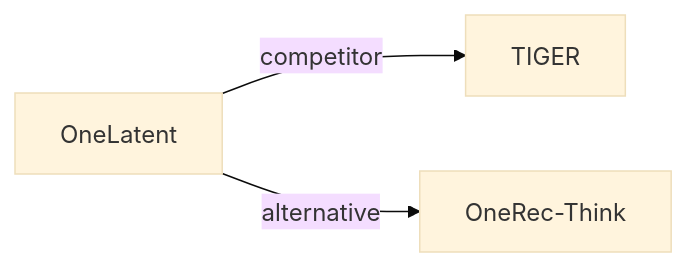
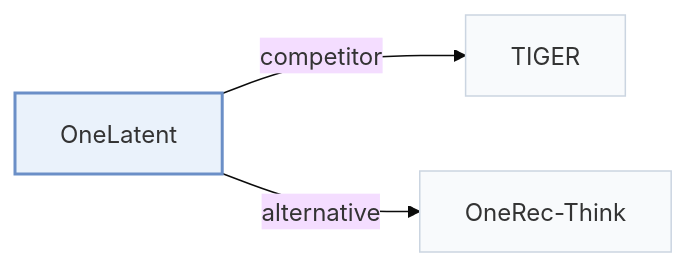
The second of 2 diagrams in pages/papers/onelatent.md (Galaxy-ghost/Awesome-SID-Generative-Rec), drawn with Mermaid (base theme) before and after one commit. The commit also changed other lines of this file and 649 other files, not shown here.

Commit message:
writer-05: also tags and modality index (schema, check, build, visuals); summary field removed; calibration data for 12 papers

````diff
--- a/pages/papers/onelatent.md
+++ b/pages/papers/onelatent.md
@@ -69,6 +74,10 @@
 ```mermaid
 flowchart LR
     P["OneLatent"]
-    P -->|competitor| A["TIGER"]
-    P -->|alternative| B["OneRec-Think"]
+    P -->|"competitor"| A["TIGER"]
+    P -->|"alternative"| B["OneRec-Think"]
+    classDef main fill:#eaf2fb,stroke:#6b8fc7,stroke-width:2px
+    classDef peer fill:#f8fafc,stroke:#cbd5e1
+    class P main
+    class A,B peer
 ```
````
